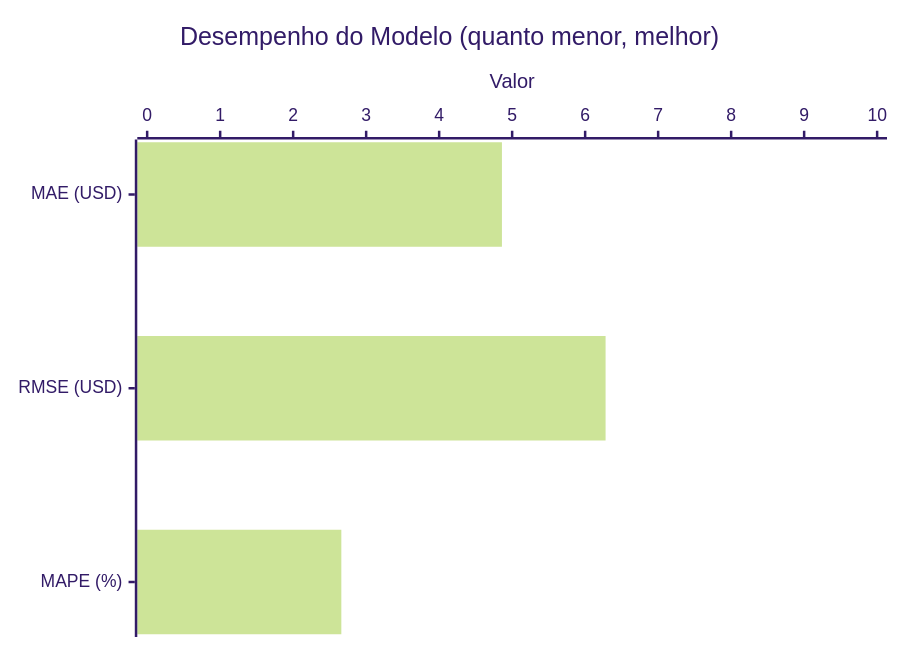
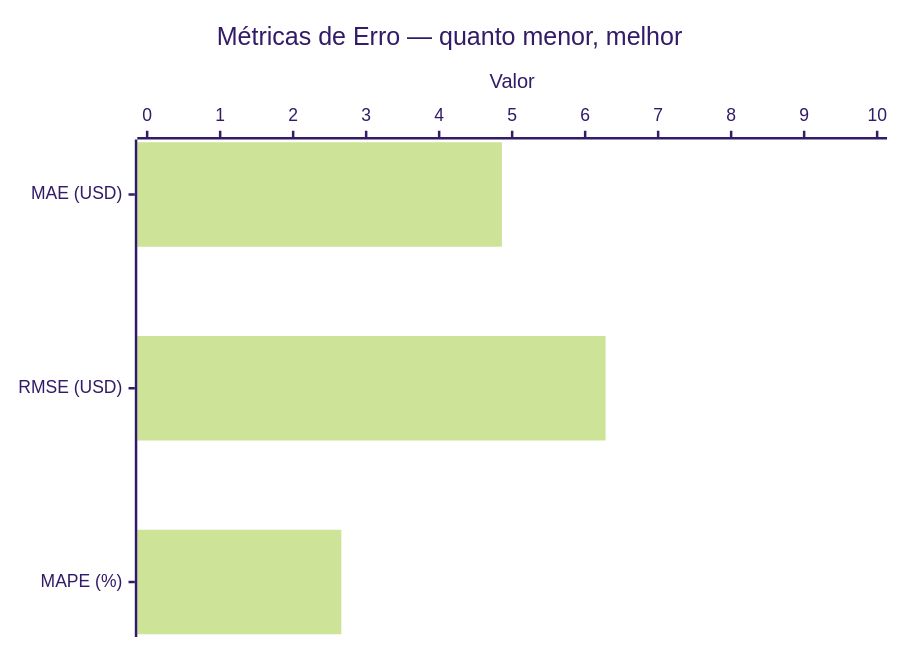
One commit to dionebraga/Pos_Tech_MLET-Fase-4 changed the fifth of 7 diagrams in README.md. Above: the diagram before and after it, drawn with Mermaid (forest theme). The commit also changed other lines of this file, not shown here.

First line of the commit message:
README: level-max visual upgrade — mindmap index, 3-step quickstart flow, layered architecture

````diff
--- a/README.md
+++ b/README.md
@@ -332,7 +359,7 @@
 ```mermaid
 xychart-beta horizontal
-    title "Desempenho do Modelo (quanto menor, melhor)"
+    title "Métricas de Erro — quanto menor, melhor"
     x-axis ["MAE (USD)", "RMSE (USD)", "MAPE (%)"]
     y-axis "Valor" 0 --> 10
     bar [4.86, 6.28, 2.66]
 ```
````
